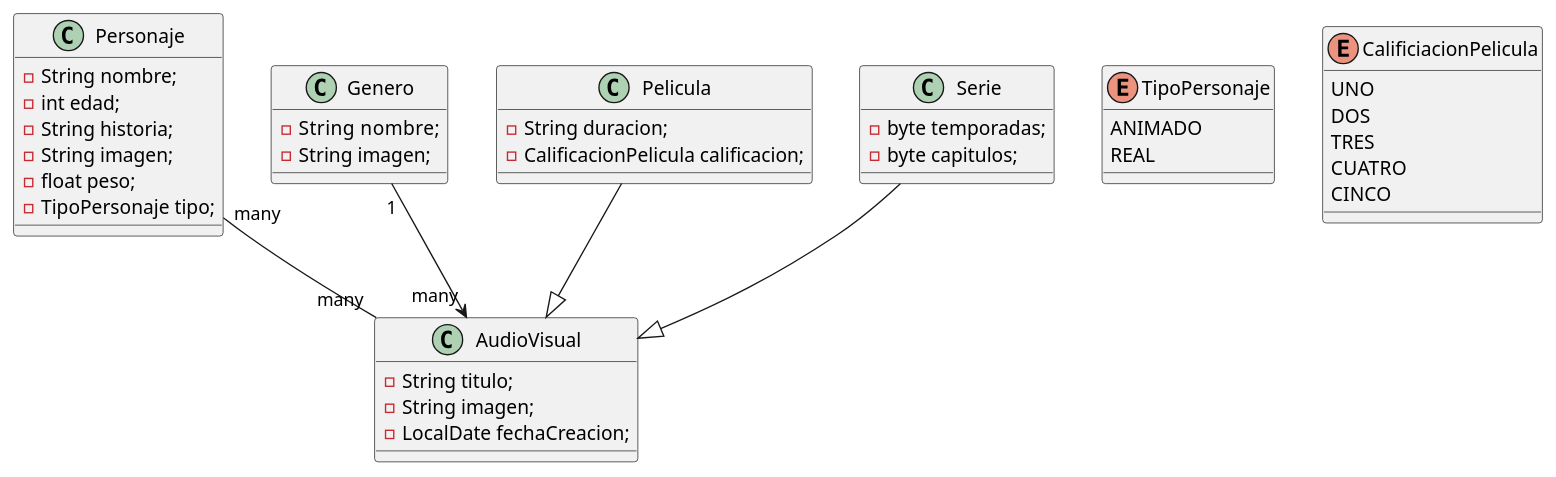
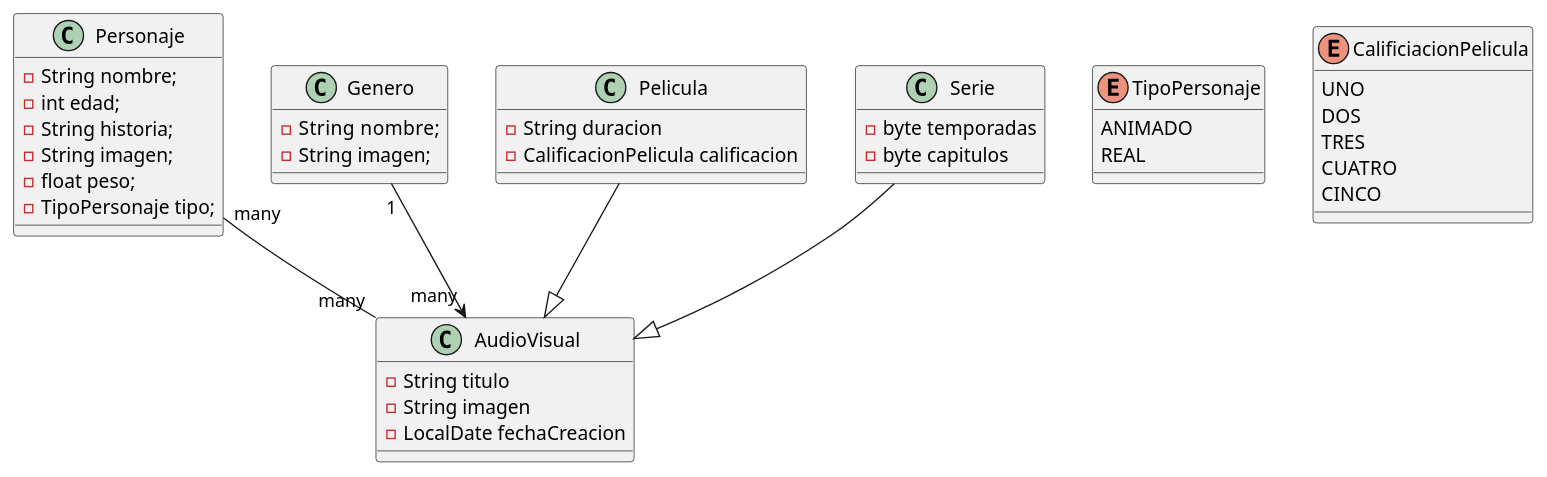
The diagram in src/main/java/com/javadabadu/disney/UML/modeladoUML.puml (MansillaLucas/Disney-Gradle-Migration), drawn with PlantUML before and after one commit. The commit also changed 1 other file, not shown here.

Commit message:
se eliminan comas uml

```diff
--- a/src/main/java/com/javadabadu/disney/UML/modeladoUML.puml
+++ b/src/main/java/com/javadabadu/disney/UML/modeladoUML.puml
@@ -1,51 +1,51 @@
 @startuml
 Personaje "many" -- "many" AudioVisual
 Genero  "1" --> "many" AudioVisual
 Pelicula  --|> AudioVisual
 Serie     --|> AudioVisual
  class Personaje {
     - String nombre;
     - int edad;
     - String historia;
     - String imagen;
     - float peso;
     - TipoPersonaje tipo;
 }
 
  class Genero {
      - String  nombre;
      - String imagen;
 }
 
  class Pelicula {
-    - String duracion;
-    - CalificacionPelicula calificacion;
+    - String duracion
+    - CalificacionPelicula calificacion
 }
 class Serie{
- - byte temporadas;
- - byte capitulos;
+ - byte temporadas
+ - byte capitulos
 }
 
 
 class AudioVisual {
-    - String titulo;
-    - String imagen;
-    - LocalDate fechaCreacion;
+    - String titulo
+    - String imagen
+    - LocalDate fechaCreacion
 }
 
 
 enum TipoPersonaje {
     ANIMADO
     REAL
 }
 
 enum CalificiacionPelicula {
     UNO
     DOS
     TRES
     CUATRO
     CINCO
 }
 
 
 @enduml
```
